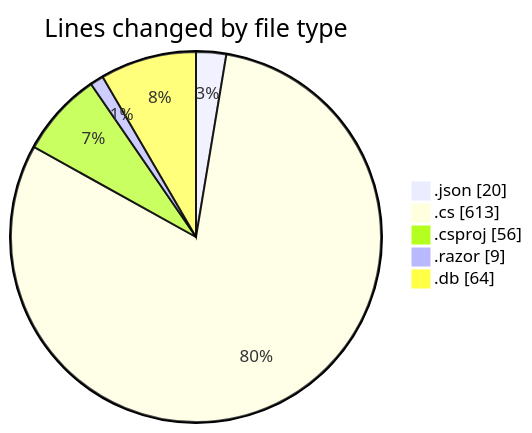
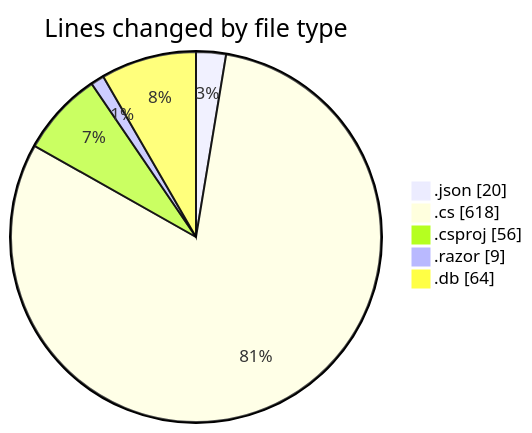
The first of 2 diagrams in 2025-04-05/schoolmanagement/README.md (Netris89/code-tracking), drawn with Mermaid before and after one commit. The commit also changed other lines of this file and 1 other file, not shown here.

````diff
--- a/2025-04-05/schoolmanagement/README.md
+++ b/2025-04-05/schoolmanagement/README.md
@@ -35,9 +35,9 @@
 ```mermaid
 pie showData
 title Lines changed by file type
 ".json" : 20
-".cs" : 613
+".cs" : 618
 ".csproj" : 56
 ".razor" : 9
 ".db" : 64
 ```
````
